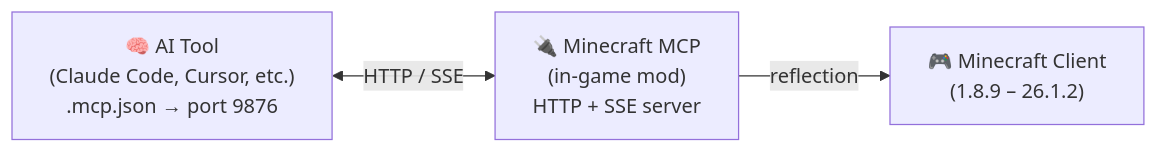
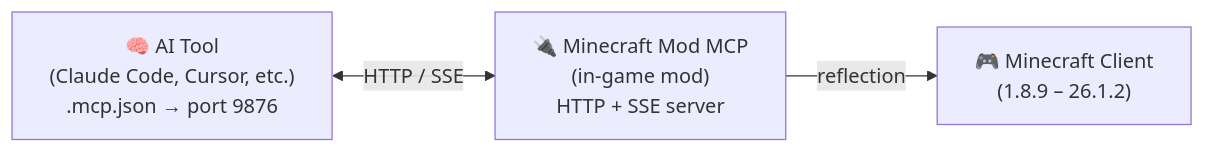
The diagram in README.md (langyo/minecraft-mod-mcp), drawn with Mermaid before and after one commit. The commit also changed other lines of this file and 100 other files, not shown here.

Commit message:
chore: remove hardcoded JDK paths, bump version to 0.1.0, rename to Minecraft Mod MCP

````diff
--- a/README.md
+++ b/README.md
@@ -110,9 +110,9 @@
 ```mermaid
 flowchart LR
     A["🧠 AI Tool<br/>(Claude Code, Cursor, etc.)<br/>.mcp.json → port 9876"]
-    B["🔌 Minecraft MCP<br/>(in-game mod)<br/>HTTP + SSE server"]
+    B["🔌 Minecraft Mod MCP<br/>(in-game mod)<br/>HTTP + SSE server"]
     C["🎮 Minecraft Client<br/>(1.8.9 – 26.1.2)"]
 
     A <-- "HTTP / SSE" --> B
     B -- "reflection" --> C
 ```
````
